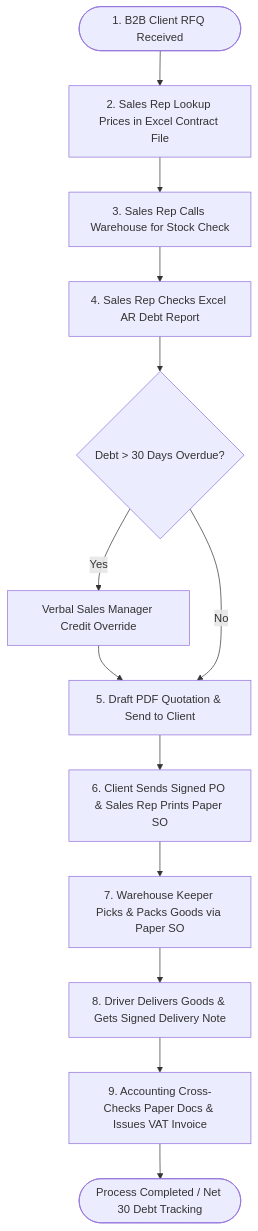
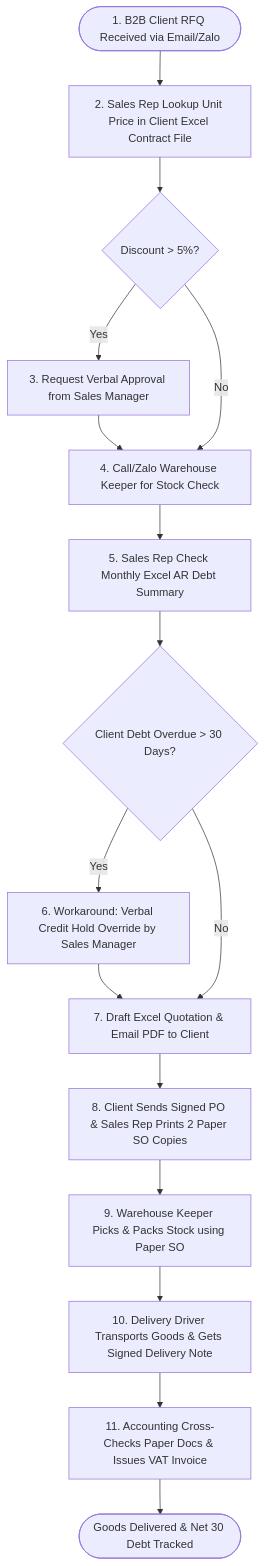
Before and after one commit to DYBInh2k5/Phan-Tich-He-Thong-Nghiep-Vu: the diagram in Group/Week3.md, drawn with Mermaid. The commit also changed other lines of this file, not shown here.

````diff
--- a/Group/Week3.md
+++ b/Group/Week3.md
@@ -127,17 +75,22 @@
 ```mermaid
 flowchart TD
-    Inquiry([1. B2B Client RFQ Received]) --> PriceCheck[2. Sales Rep Lookup Prices in Excel Contract File]
-    PriceCheck --> StockCheck[3. Sales Rep Calls Warehouse for Stock Check]
-    StockCheck --> DebtCheck[4. Sales Rep Checks Excel AR Debt Report]
+    Inquiry([1. B2B Client RFQ Received via Email/Zalo]) --> PriceCheck[2. Sales Rep Lookup Unit Price in Client Excel Contract File]
+    PriceCheck --> DiscountCheck{Discount > 5%?}
     
-    DebtCheck --> DebtDecision{Debt > 30 Days Overdue?}
-    DebtDecision -- Yes --> ManagerOverride[Verbal Sales Manager Credit Override]
-    ManagerOverride --> DraftQuote[5. Draft PDF Quotation & Send to Client]
-    DebtDecision -- No --> DraftQuote
+    DiscountCheck -- Yes --> MgrApproval[3. Request Verbal Approval from Sales Manager]
+    MgrApproval --> StockCheck[4. Call/Zalo Warehouse Keeper for Stock Check]
+    DiscountCheck -- No --> StockCheck
     
-    DraftQuote --> ClientPO[6. Client Sends Signed PO & Sales Rep Prints Paper SO]
-    ClientPO --> WarehousePick[7. Warehouse Keeper Picks & Packs Goods via Paper SO]
-    WarehousePick --> Delivery[8. Driver Delivers Goods & Gets Signed Delivery Note]
-    Delivery --> Invoice[9. Accounting Cross-Checks Paper Docs & Issues VAT Invoice]
-    Invoice --> EndState([Process Completed / Net 30 Debt Tracking])
+    StockCheck --> DebtCheck[5. Sales Rep Check Monthly Excel AR Debt Summary]
+    DebtCheck --> DebtOverdue{Client Debt Overdue > 30 Days?}
+    
+    DebtOverdue -- Yes --> CreditOverride[6. Workaround: Verbal Credit Hold Override by Sales Manager]
+    CreditOverride --> DraftQuote[7. Draft Excel Quotation & Email PDF to Client]
+    DebtOverdue -- No --> DraftQuote
+    
+    DraftQuote --> ClientPO[8. Client Sends Signed PO & Sales Rep Prints 2 Paper SO Copies]
+    ClientPO --> WarehousePick[9. Warehouse Keeper Picks & Packs Stock using Paper SO]
+    WarehousePick --> Delivery[10. Delivery Driver Transports Goods & Gets Signed Delivery Note]
+    Delivery --> Invoice[11. Accounting Cross-Checks Paper Docs & Issues VAT Invoice]
+    Invoice --> EndState([Goods Delivered & Net 30 Debt Tracked])
 ```
````
